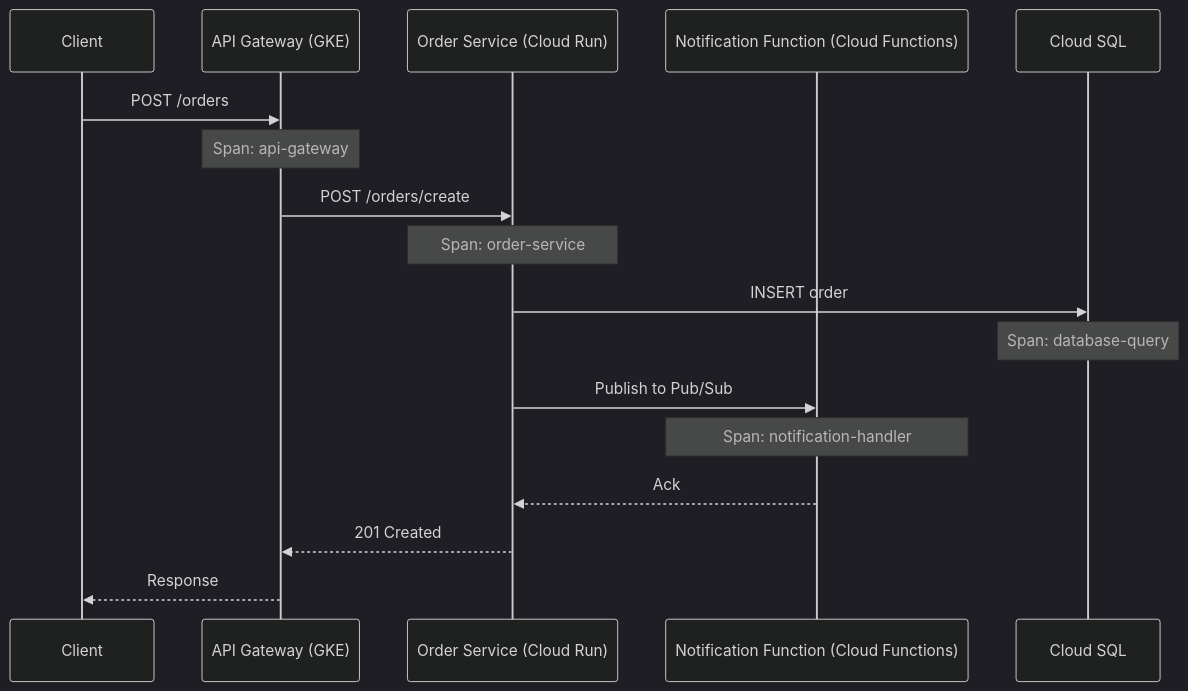
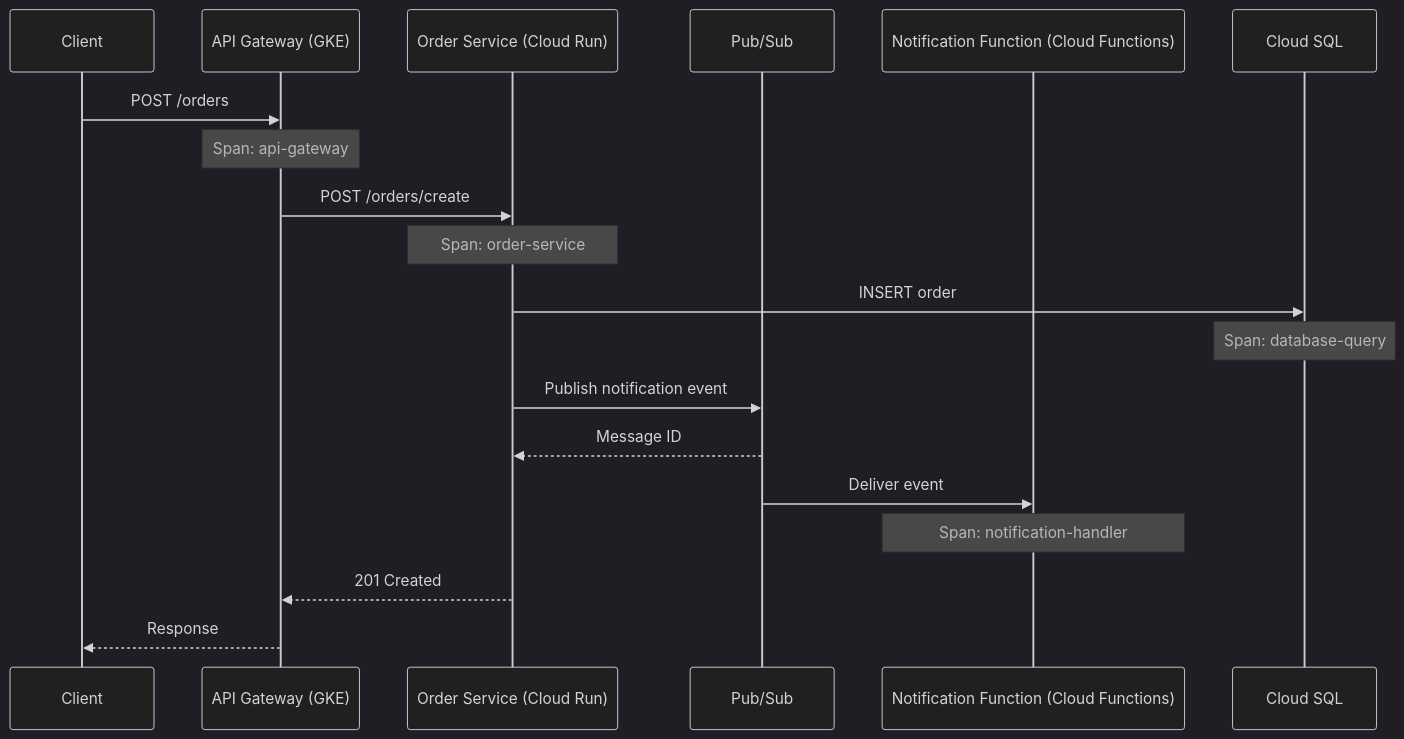
One commit to OneUptime/blog changed the first of 2 diagrams in posts/2026-02-17-how-to-implement-end-to-end-distributed-tracing-across-gke-cloud-run-and-cloud-functions-on-gcp/README.md. Above: the diagram before and after it, drawn with Mermaid (dark theme). The commit also changed other lines of this file and 2 other files, not shown here.

````diff
--- a/posts/2026-02-17-how-to-implement-end-to-end-distributed-tracing-across-gke-cloud-run-and-cloud-functions-on-gcp/README.md
+++ b/posts/2026-02-17-how-to-implement-end-to-end-distributed-tracing-across-gke-cloud-run-and-cloud-functions-on-gcp/README.md
@@ -21,20 +21,22 @@
 ```mermaid
 sequenceDiagram
     participant Client
     participant API as API Gateway (GKE)
     participant Orders as Order Service (Cloud Run)
+    participant PubSub as Pub/Sub
     participant Notify as Notification Function (Cloud Functions)
     participant DB as Cloud SQL
 
     Client->>API: POST /orders
     Note over API: Span: api-gateway
     API->>Orders: POST /orders/create
     Note over Orders: Span: order-service
     Orders->>DB: INSERT order
     Note over DB: Span: database-query
-    Orders->>Notify: Publish to Pub/Sub
+    Orders->>PubSub: Publish notification event
+    PubSub-->>Orders: Message ID
+    PubSub->>Notify: Deliver event
     Note over Notify: Span: notification-handler
-    Notify-->>Orders: Ack
     Orders-->>API: 201 Created
     API-->>Client: Response
 ```
````
